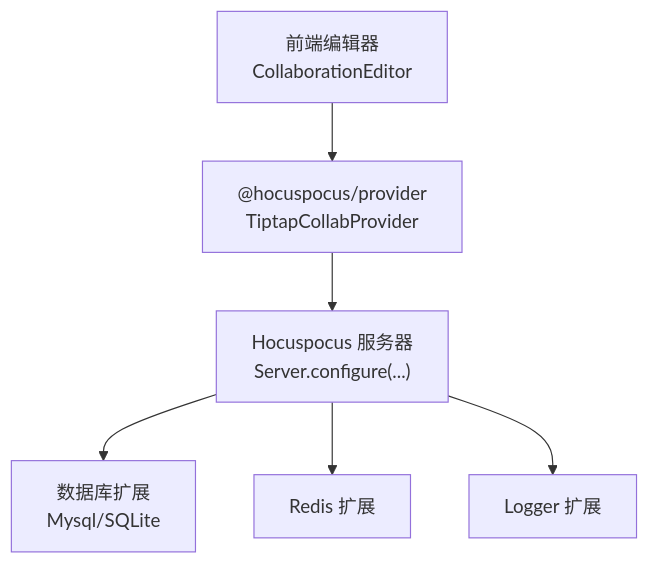
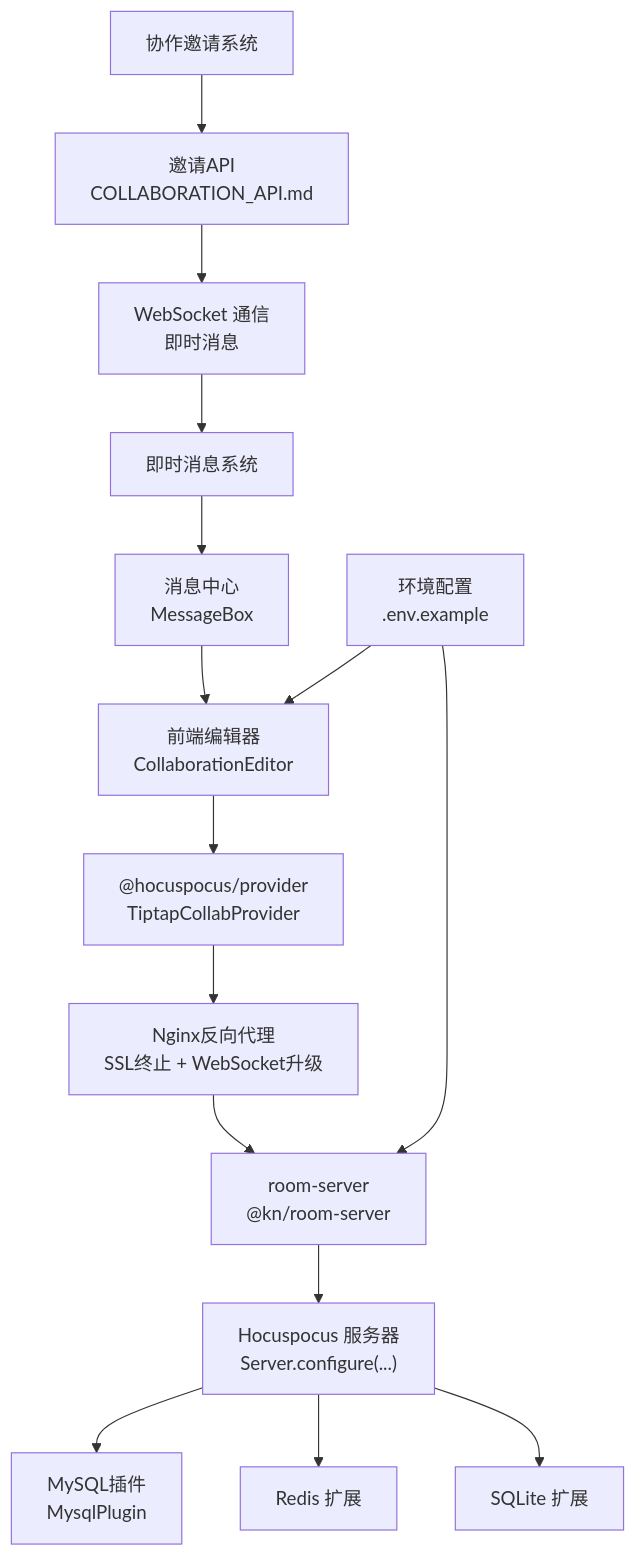
The first of 11 diagrams in .qoder/repowiki/zh/content/核心模块/编辑器核心内核/实时协作功能.md (LRF0422/Kotion), drawn with Mermaid before and after one commit. The commit also changed other lines of this file and 75 other files, not shown here.

````diff
--- a/.qoder/repowiki/zh/content/核心模块/编辑器核心内核/实时协作功能.md
+++ b/.qoder/repowiki/zh/content/核心模块/编辑器核心内核/实时协作功能.md
@@ -45,8 +78,17 @@
 ```mermaid
 graph TB
 FE["前端编辑器<br/>CollaborationEditor"] --> Prov["@hocuspocus/provider<br/>TiptapCollabProvider"]
-Prov --> HS["Hocuspocus 服务器<br/>Server.configure(...)"]
-HS --> DB["数据库扩展<br/>Mysql/SQLite"]
+Prov --> Nginx["Nginx反向代理<br/>SSL终止 + WebSocket升级"]
+Nginx --> RS["room-server<br/>@kn/room-server"]
+RS --> HS["Hocuspocus 服务器<br/>Server.configure(...)"]
+HS --> DB["MySQL插件<br/>MysqlPlugin"]
 HS --> RDS["Redis 扩展"]
-HS --> LOG["Logger 扩展"]
+HS --> SQLITE["SQLite 扩展"]
+WS["WebSocket 通信<br/>即时消息"] --> IM["即时消息系统"]
+IM --> MC["消息中心<br/>MessageBox"]
+MC --> FE
+INV["协作邀请系统"] --> API["邀请API<br/>COLLABORATION_API.md"]
+API --> WS
+ENV["环境配置<br/>.env.example"] --> FE
+ENV --> RS
 ```
````
